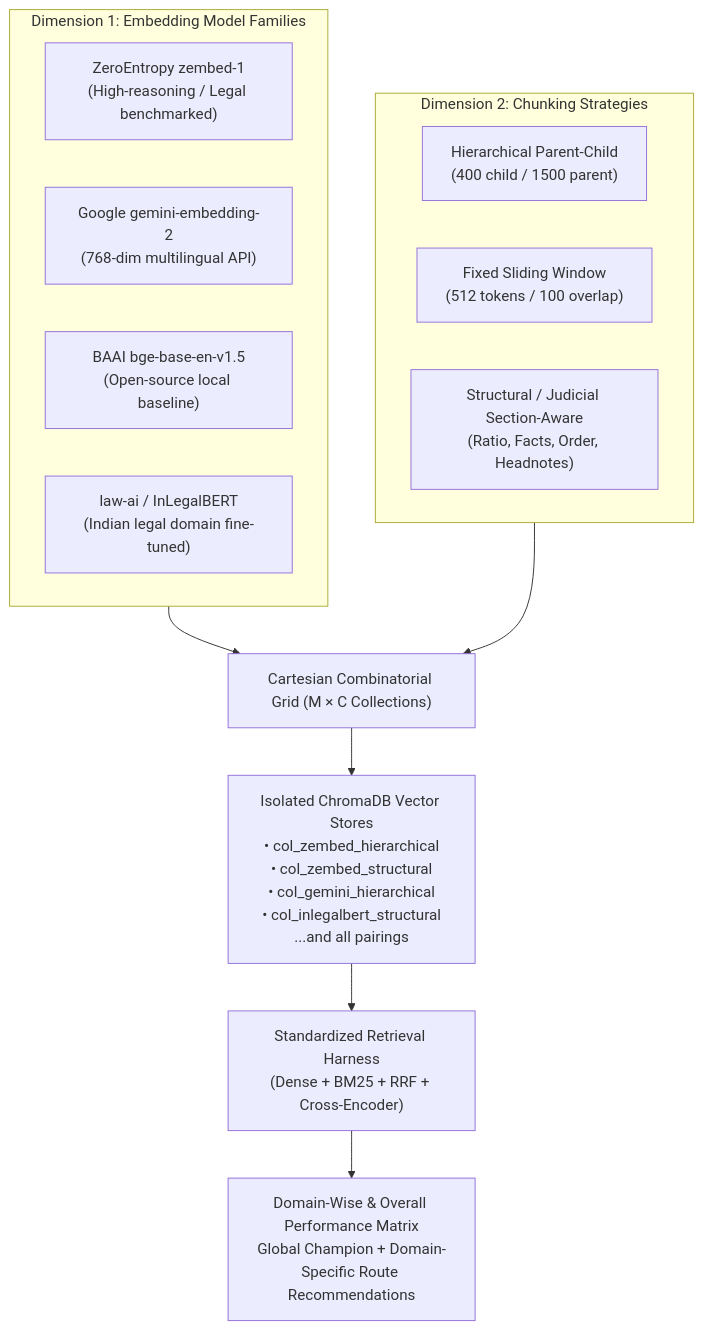
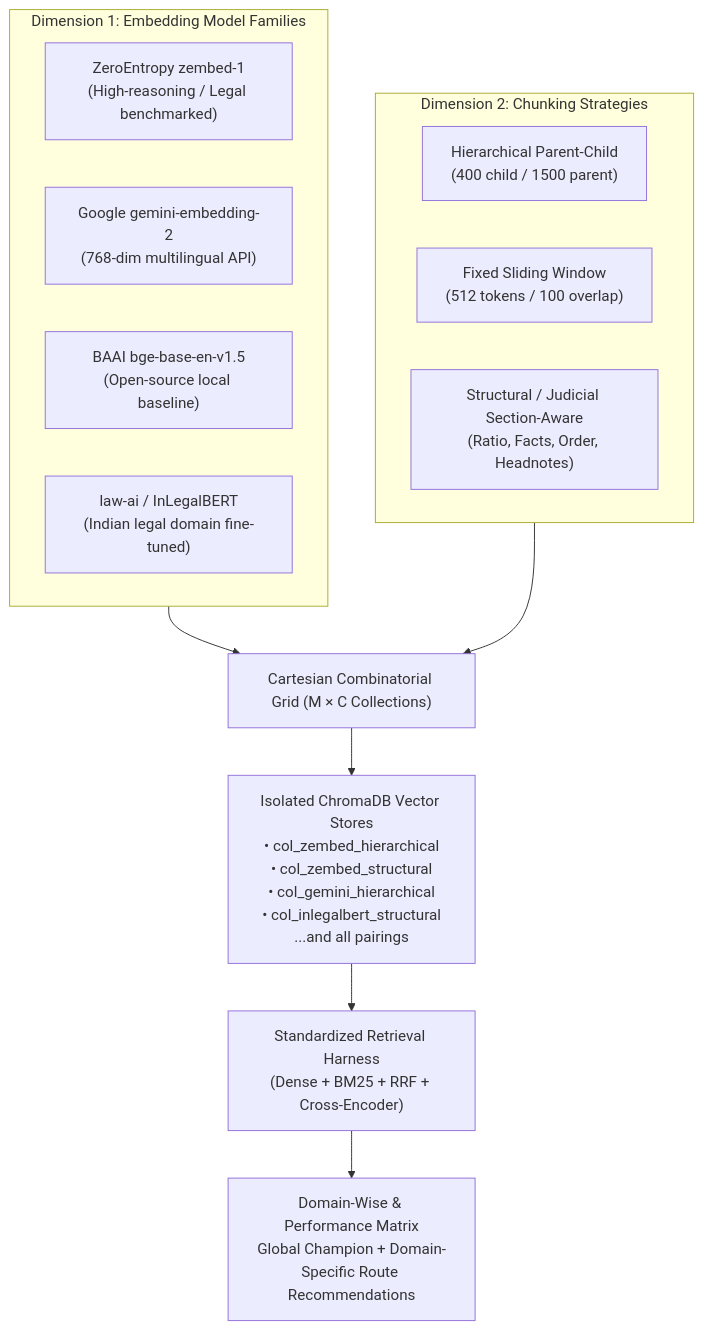
One commit to Aditya-Kayasth/Major-Project changed the second of 2 diagrams in README.md. Above: the diagram before and after it, drawn with Mermaid. The commit also changed other lines of this file and 1 other file, not shown here.

Commit message:
docs: finalize architectural decisions, engineering rationales, and complete system details in README

````diff
--- a/README.md
+++ b/README.md
@@ -308,23 +353,23 @@
 ```mermaid
 flowchart TD
     subgraph Dimension1 ["Dimension 1: Embedding Model Families"]
         M1["ZeroEntropy zembed-1<br>(High-reasoning / Legal benchmarked)"]
         M2["Google gemini-embedding-2<br>(768-dim multilingual API)"]
         M3["BAAI bge-base-en-v1.5<br>(Open-source local baseline)"]
         M4["law-ai / InLegalBERT<br>(Indian legal domain fine-tuned)"]
     end
 
     subgraph Dimension2 ["Dimension 2: Chunking Strategies"]
         C1["Hierarchical Parent-Child<br>(400 child / 1500 parent)"]
         C2["Fixed Sliding Window<br>(512 tokens / 100 overlap)"]
         C3["Structural / Judicial Section-Aware<br>(Ratio, Facts, Order, Headnotes)"]
     end
 
     Dimension1 --> Grid["Cartesian Combinatorial Grid (M × C Collections)"]
     Dimension2 --> Grid
 
     Grid --> StoreCol["Isolated ChromaDB Vector Stores<br>• col_zembed_hierarchical<br>• col_zembed_structural<br>• col_gemini_hierarchical<br>• col_inlegalbert_structural<br>...and all pairings"]
 
     StoreCol --> EvalHarness["Standardized Retrieval Harness<br>(Dense + BM25 + RRF + Cross-Encoder)"]
-    EvalHarness --> BenchOutput["Domain-Wise & Overall Performance Matrix<br>Global Champion + Domain-Specific Route Recommendations"]
+    EvalHarness --> BenchOutput["Domain-Wise & Performance Matrix<br>Global Champion + Domain-Specific Route Recommendations"]
 ```
````
